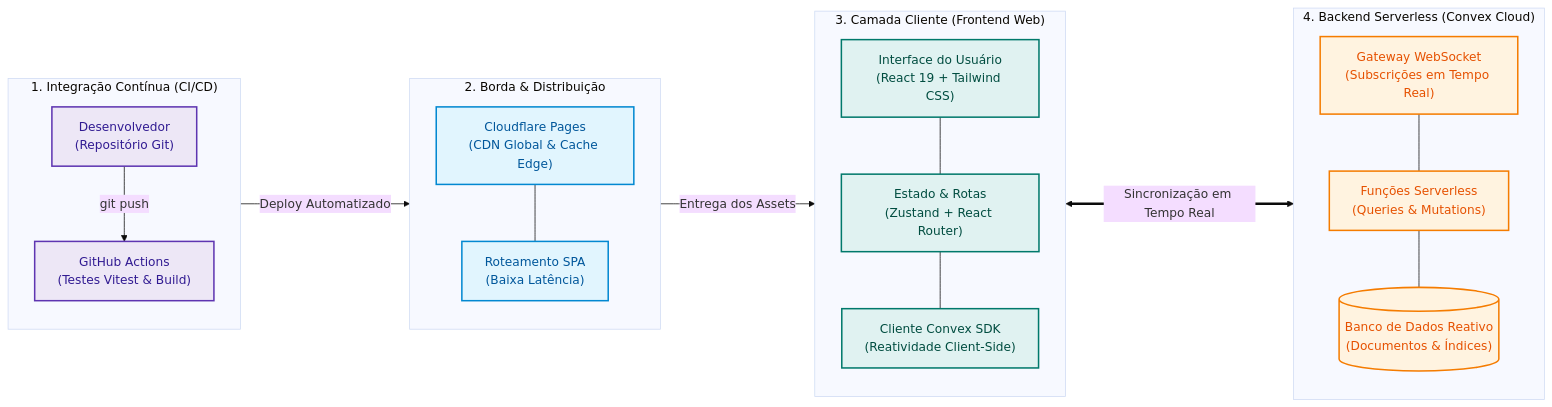
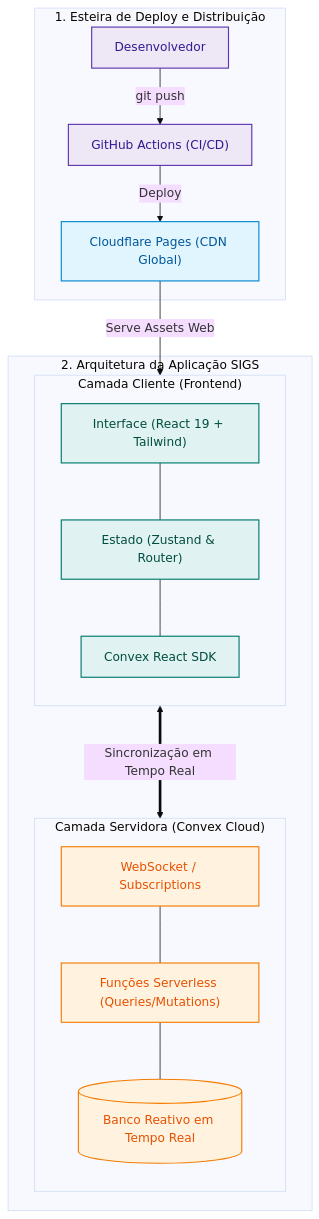
One commit to Luann8/sigs-apps-online changed the first of 3 diagrams in README.md. Above: the diagram before and after it, drawn with Mermaid (base theme). The commit also changed other lines of this file, not shown here.

````diff
--- a/README.md
+++ b/README.md
@@ -11,53 +10,43 @@
 ```mermaid
-flowchart LR
-    %% Estilos de cores padronizados
-    classDef cicd fill:#EDE7F6,stroke:#5E35B1,stroke-width:2px,color:#311B92;
-    classDef edge fill:#E1F5FE,stroke:#0288D1,stroke-width:2px,color:#01579B;
-    classDef client fill:#E0F2F1,stroke:#00796B,stroke-width:2px,color:#004D40;
-    classDef backend fill:#FFF3E0,stroke:#F57C00,stroke-width:2px,color:#E65100;
+flowchart TD
+    %% Estilos de cores
+    classDef cicd fill:#EDE7F6,stroke:#5E35B1,stroke-width:1.5px,color:#311B92;
+    classDef edge fill:#E1F5FE,stroke:#0288D1,stroke-width:1.5px,color:#01579B;
+    classDef client fill:#E0F2F1,stroke:#00796B,stroke-width:1.5px,color:#004D40;
+    classDef backend fill:#FFF3E0,stroke:#F57C00,stroke-width:1.5px,color:#E65100;
 
-    %% 1. CI/CD
-    subgraph CI_CD ["1. Integração Contínua (CI/CD)"]
-        direction TB
-        DEV["Desenvolvedor<br/>(Repositório Git)"]
-        GHA["GitHub Actions<br/>(Testes Vitest & Build)"]
-        DEV -->|"git push"| GHA
+    %% Camada de Entrega (Topo)
+    subgraph DEPLOY ["1. Esteira de Deploy e Distribuição"]
+        DEV["Desenvolvedor"] -->|"git push"| GHA["GitHub Actions (CI/CD)"]
+        GHA -->|"Deploy"| CF["Cloudflare Pages (CDN Global)"]
     end
 
-    %% 2. Edge / Hospedagem
-    subgraph EDGE ["2. Borda & Distribuição"]
-        direction TB
-        CF["Cloudflare Pages<br/>(CDN Global & Cache Edge)"]
-        SPA["Roteamento SPA<br/>(Baixa Latência)"]
-        CF --- SPA
+    %% Camada de Execução (Base)
+    subgraph APP ["2. Arquitetura da Aplicação SIGS"]
+        subgraph FRONTEND ["Camada Cliente (Frontend)"]
+            direction TB
+            UI["Interface (React 19 + Tailwind)"]
+            STORE["Estado (Zustand & Router)"]
+            SDK["Convex React SDK"]
+            UI --- STORE --- SDK
+        end
+
+        subgraph BACKEND ["Camada Servidora (Convex Cloud)"]
+            direction TB
+            WS["WebSocket / Subscriptions"]
+            FN["Funções Serverless (Queries/Mutations)"]
+            DB[("Banco Reativo em Tempo Real")]
+            WS --- FN --- DB
+        end
     end
 
-    %% 3. Frontend
-    subgraph FRONTEND ["3. Camada Cliente (Frontend Web)"]
-        direction TB
-        UI["Interface do Usuário<br/>(React 19 + Tailwind CSS)"]
-        STORE["Estado & Rotas<br/>(Zustand + React Router)"]
-        SDK["Cliente Convex SDK<br/>(Reatividade Client-Side)"]
-        UI --- STORE --- SDK
-    end
-
-    %% 4. Backend Serverless
-    subgraph BACKEND ["4. Backend Serverless (Convex Cloud)"]
-        direction TB
-        WS["Gateway WebSocket<br/>(Subscrições em Tempo Real)"]
-        FN["Funções Serverless<br/>(Queries & Mutations)"]
-        DB[("Banco de Dados Reativo<br/>(Documentos & Índices)")]
-        WS --- FN --- DB
-    end
-
-    %% Conexões entre camadas
-    GHA -->|"Deploy Automatizado"| CF
-    CF -->|"Entrega dos Assets"| UI
+    %% Interligações
+    CF -->|"Serve Assets Web"| UI
     SDK <===>|"Sincronização em Tempo Real"| WS
 
     %% Aplicação de classes
     class DEV,GHA cicd;
-    class CF,SPA edge;
+    class CF edge;
     class UI,STORE,SDK client;
     class WS,FN,DB backend;
 ```
````
